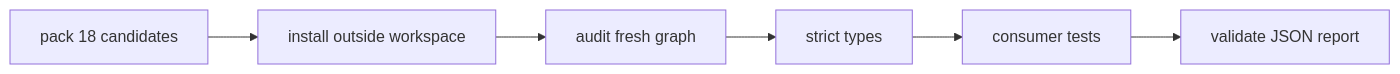
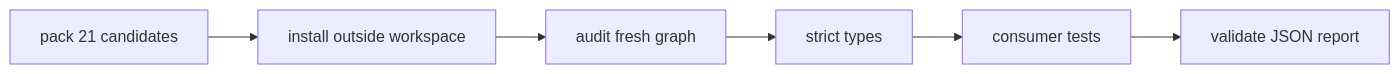
One commit to aurelienbobenrieth/harness changed the diagram in docs/compatibility.md. Above: the diagram before and after it, drawn with Mermaid. The commit also changed other lines of this file and 22 other files, not shown here.

````diff
--- a/docs/compatibility.md
+++ b/docs/compatibility.md
@@ -56,8 +56,8 @@
 ```mermaid
 flowchart LR
-  P["pack 18 candidates"] --> I["install outside workspace"]
+  P["pack 21 candidates"] --> I["install outside workspace"]
   I --> A["audit fresh graph"]
   A --> T["strict types"]
   T --> R["consumer tests"]
   R --> V["validate JSON report"]
 ```
````
